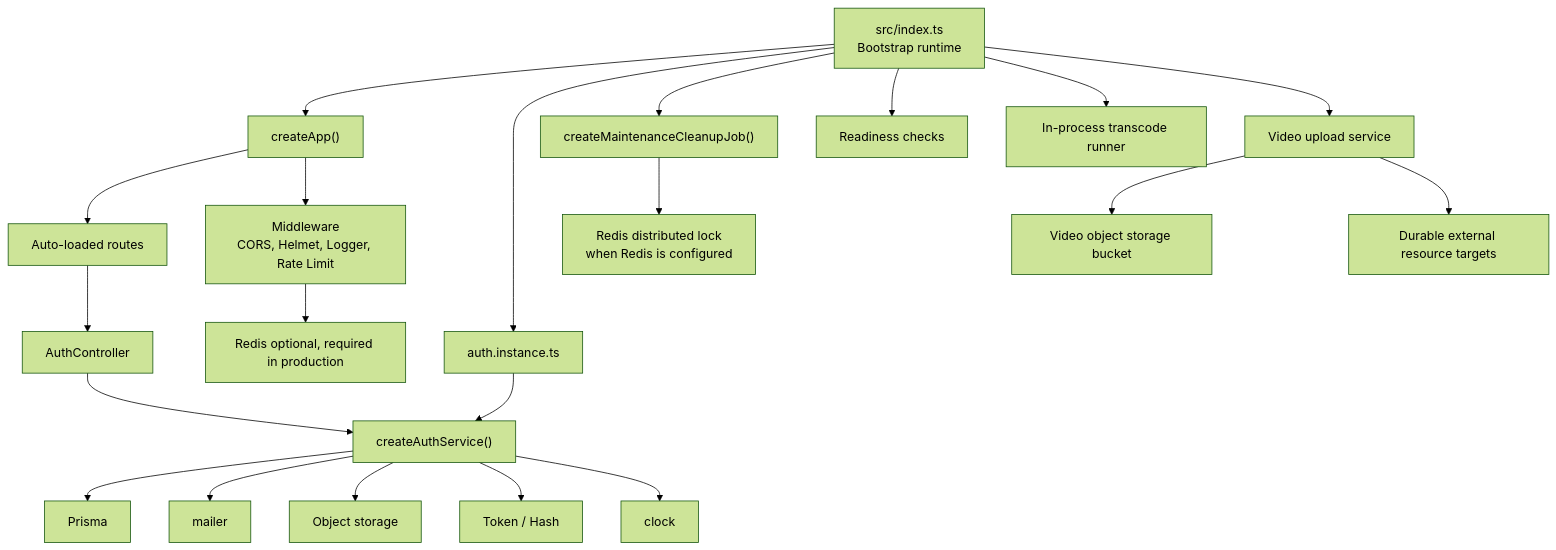
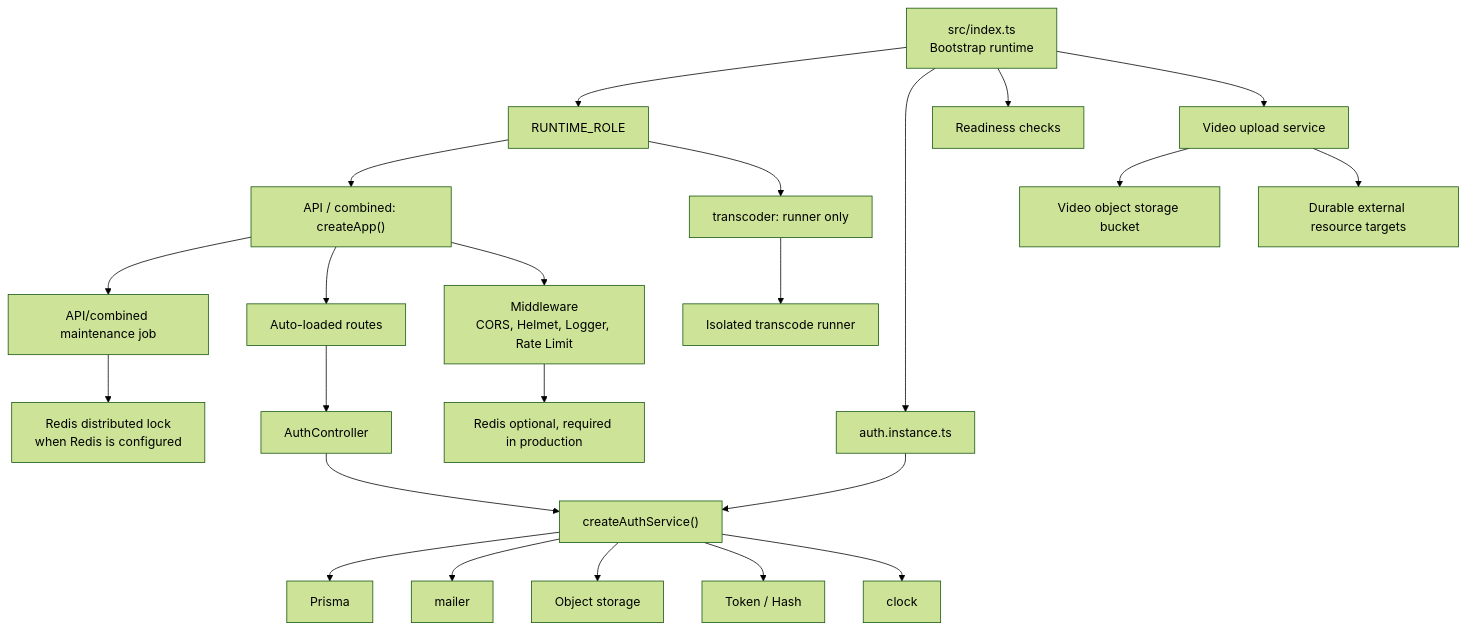
One commit to FairPlayTeam/ts-backend changed the first of 8 diagrams in ARCHITECTURE.md. Above: the diagram before and after it, drawn with Mermaid (forest theme). The commit also changed other lines of this file and 25 other files, not shown here.

````diff
--- a/ARCHITECTURE.md
+++ b/ARCHITECTURE.md
@@ -9,26 +9,28 @@
 ```mermaid
 flowchart TD
-index["src/index.ts<br/>Bootstrap runtime"] --> app["createApp()"]
+index["src/index.ts<br/>Bootstrap runtime"] --> role["RUNTIME_ROLE"]
+role --> app["API / combined: createApp()"]
+role --> worker["transcoder: runner only"]
 index --> authInstance["auth.instance.ts"]
-index --> cleanup["createMaintenanceCleanupJob()"]
+app --> cleanup["API/combined maintenance job"]
 index --> readiness["Readiness checks"]
-index --> transcodeRunner["In-process transcode runner"]
+worker --> transcodeRunner["Isolated transcode runner"]
 
 authInstance --> authService["createAuthService()"]
 authService --> prisma["Prisma"]
 authService --> mailer["mailer"]
 authService --> objectStorage["Object storage"]
 authService --> crypto["Token / Hash"]
 authService --> clock["clock"]
 
 app --> routes["Auto-loaded routes"]
 routes --> controller["AuthController"]
 controller --> authService
 
 app --> middleware["Middleware<br/>CORS, Helmet, Logger, Rate Limit"]
 middleware --> redis["Redis optional, required in production"]
 cleanup --> redisLock["Redis distributed lock<br/>when Redis is configured"]
 index --> videoService["Video upload service"]
 videoService --> videoStorage["Video object storage bucket"]
 videoService --> externalTargets["Durable external resource targets"]
 ```
````
